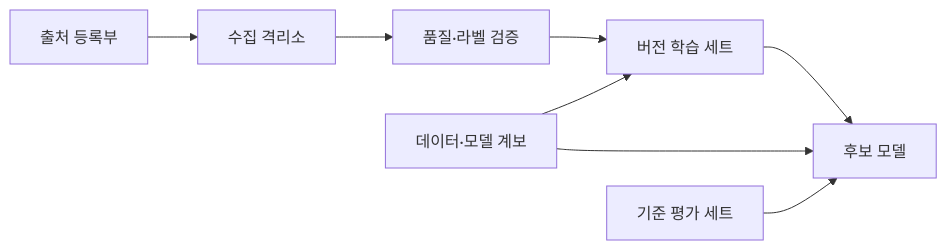
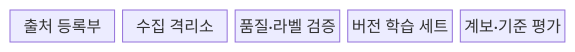
One commit to agnusdei1207/knowledge-base changed the first of 2 diagrams in src/content/docs/notes/05-security/084_data_poisoning.md. Above: the diagram before and after it, drawn with Mermaid. The commit also changed other lines of this file and 6 other files, not shown here.

````diff
--- a/src/content/docs/notes/05-security/084_data_poisoning.md
+++ b/src/content/docs/notes/05-security/084_data_poisoning.md
@@ -62,10 +60,9 @@
 ```mermaid
-flowchart LR
-    A[출처 등록부] --> B[수집 격리소]
-    B --> C[품질·라벨 검증]
-    C --> D[버전 학습 세트]
-    D --> E[후보 모델]
-    F[데이터·모델 계보] --> D
-    F --> E
-    G[기준 평가 세트] --> E
+block-beta
+  columns 5
+  A["출처 등록부"]
+  B["수집 격리소"]
+  C["품질·라벨 검증"]
+  D["버전 학습 세트"]
+  E["계보·기준 평가"]
 ```
````
